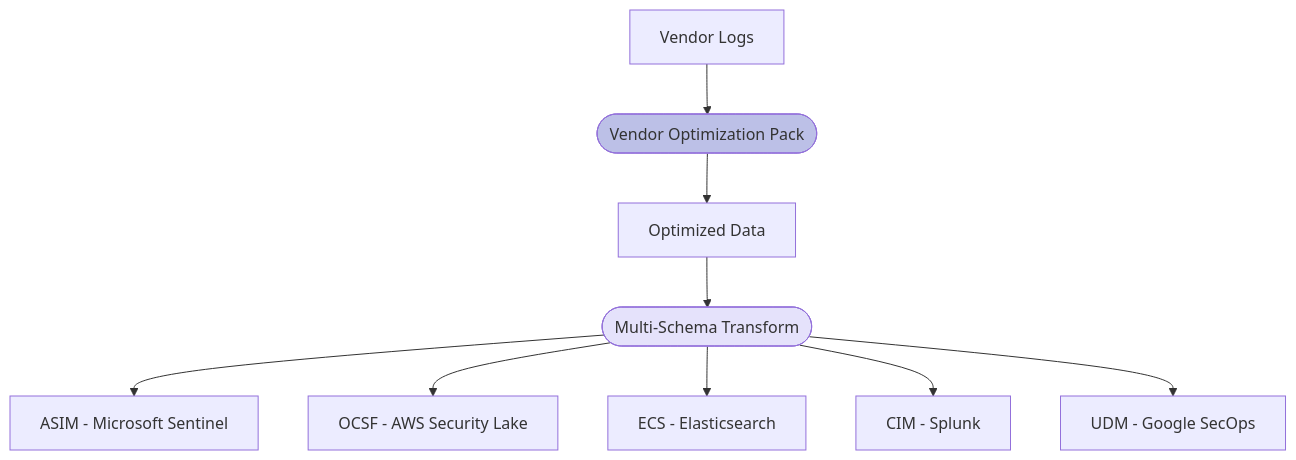
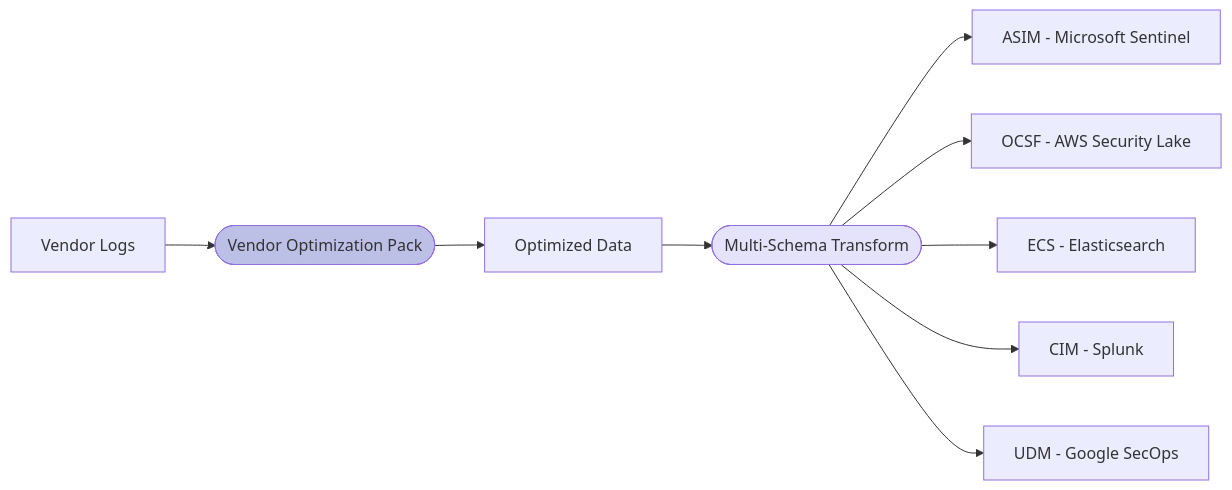
The second of 11 diagrams in docs/about/siem-optimization.mdx (VirtualMetric/virtualmetric-docs), drawn with Mermaid before and after one commit. The commit also changed other lines of this file, not shown here.

Commit message:
Refactor SIEM optimization section to replace mermaid diagram with a markdown table for AI-based optimization risks and VirtualMetric's approach, enhancing readability and clarity.

````diff
--- a/docs/about/siem-optimization.mdx
+++ b/docs/about/siem-optimization.mdx
@@ -106,17 +80,17 @@
 ```mermaid
-graph TD
+graph LR
     Vendor[Vendor Logs] --> Pack([Vendor Optimization Pack])
     
     Pack --> Optimized[Optimized Data]
     
     Optimized --> Schema([Multi-Schema Transform])
     
     Schema --> ASIM[ASIM - Microsoft Sentinel]
     Schema --> OCSF[OCSF - AWS Security Lake]
     Schema --> ECS[ECS - Elasticsearch]
     Schema --> CIM[CIM - Splunk]
     Schema --> UDM[UDM - Google SecOps]
     
     style Pack fill:#BCC0E7
     style Schema fill:#E5E2FB
 ```
````
